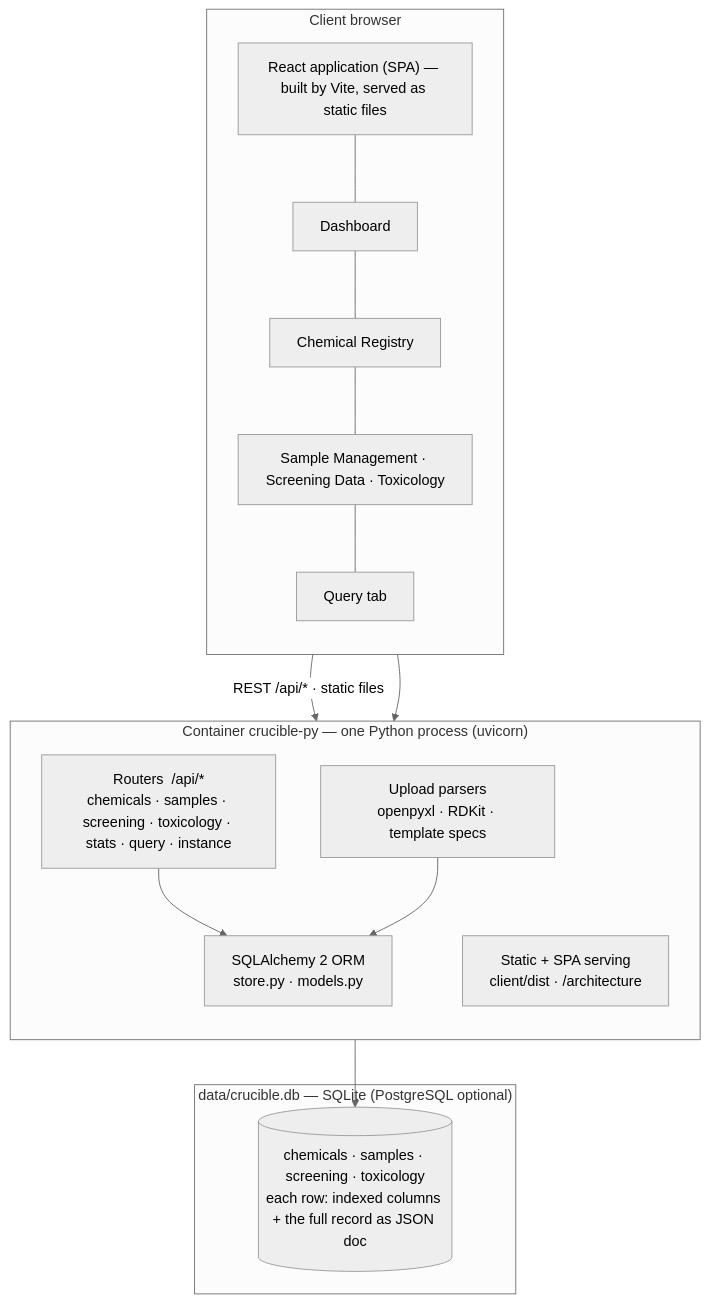
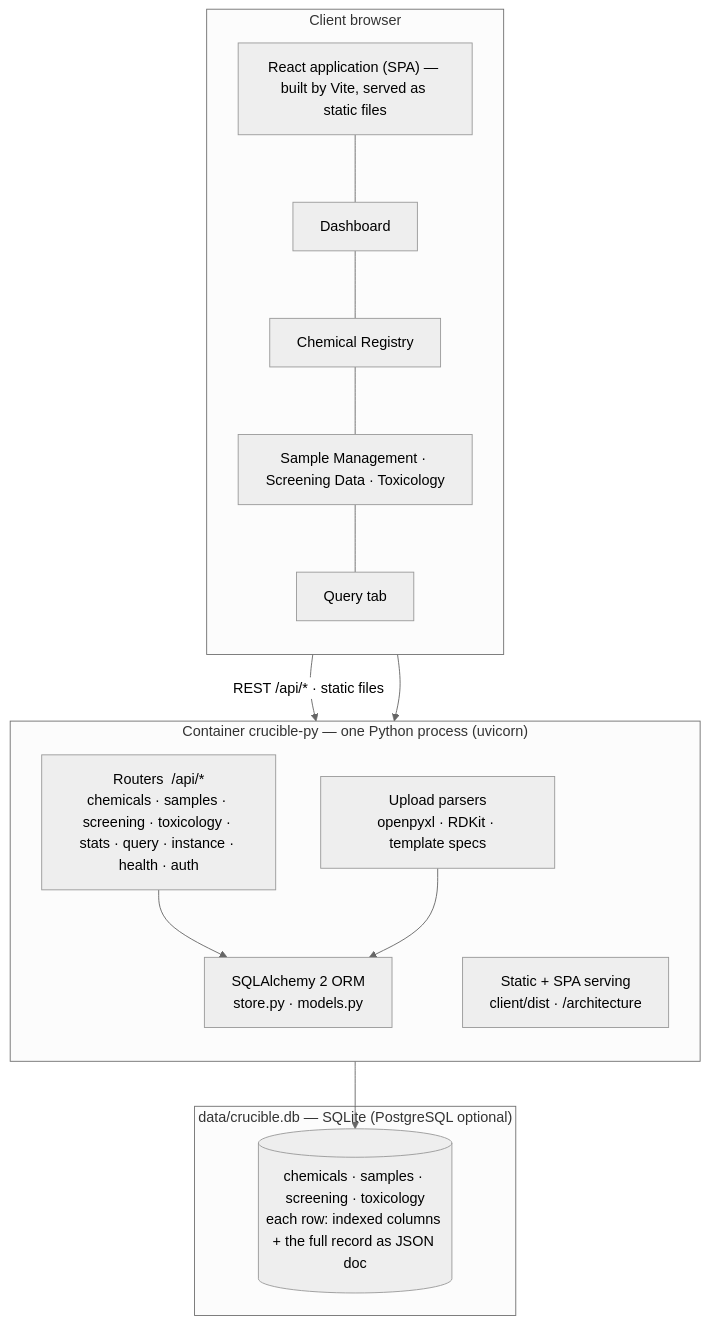
One commit to akannan2987/nr-nips-crucible changed the first of 7 diagrams in docs/02-architecture.md. Above: the diagram before and after it, drawn with Mermaid (neutral theme). The commit also changed other lines of this file and 45 other files, not shown here.

````diff
--- a/docs/02-architecture.md
+++ b/docs/02-architecture.md
@@ -93,23 +93,23 @@
 ```mermaid
 flowchart TB
     subgraph browser["Client browser"]
         direction TB
         R["React application (SPA) — built by Vite, served as static files"]
         R --- D["Dashboard"] --- C["Chemical Registry"] --- SS["Sample Management · Screening Data · Toxicology"] --- Q["Query tab"]
     end
     subgraph container["Container crucible-py — one Python process (uvicorn)"]
         direction TB
-        RT["Routers  /api/*<br/>chemicals · samples · screening · toxicology · stats · query · instance"]
+        RT["Routers  /api/*<br/>chemicals · samples · screening · toxicology · stats · query · instance · health · auth"]
         UP["Upload parsers<br/>openpyxl · RDKit · template specs"]
         ST["Static + SPA serving<br/>client/dist · /architecture"]
         ORM["SQLAlchemy 2 ORM<br/>store.py · models.py"]
         RT --> ORM
         UP --> ORM
     end
     subgraph db["data/crucible.db — SQLite (PostgreSQL optional)"]
         T[("chemicals · samples · screening · toxicology<br/>each row: indexed columns + the full record as JSON doc")]
     end
     R -- "REST /api/* · static files" --> RT
     R --> ST
     ORM --> T
 ```
````
